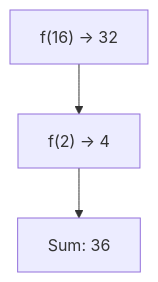
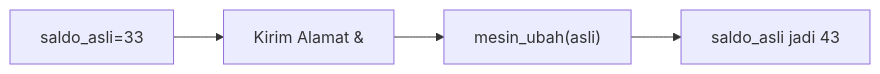
Before and after one commit to amnahwaida/OSNK_INF_PREP: the fifth of 25 diagrams in part-c-pemahaman-cpp/04-fungsi/latihan/set-01.md, drawn with Mermaid. The commit also changed other lines of this file and 71 other files, not shown here.

````diff
--- a/part-c-pemahaman-cpp/04-fungsi/latihan/set-01.md
+++ b/part-c-pemahaman-cpp/04-fungsi/latihan/set-01.md
@@ -127,5 +133,6 @@
 ```mermaid
-graph TD
-A["f(16) -> 32"] --> B["f(2) -> 4"]
-B --> C["Sum: 36"]
+graph LR
+A["saldo_asli=33"] --> B["Kirim Alamat &"]
+B --> C["mesin_ubah(asli)"]
+C --> D["saldo_asli jadi 43"]
 ```
````
